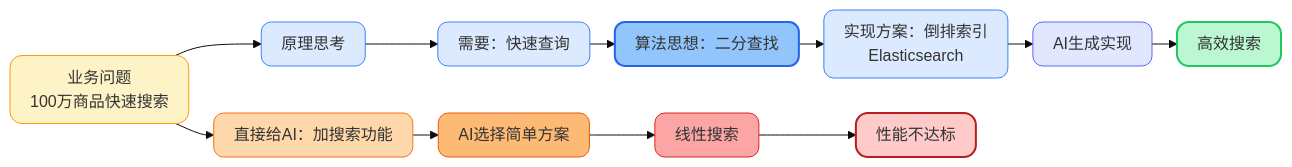
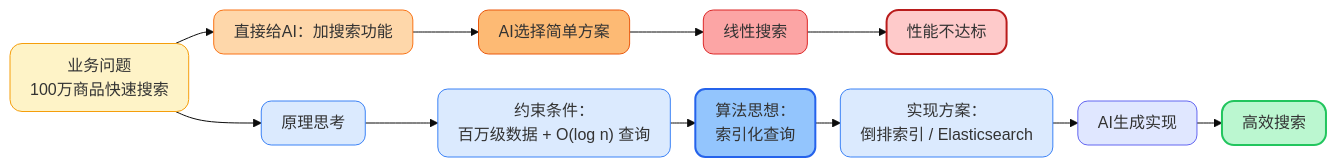
Before and after one commit to microwind/algorithms: the third of 5 diagrams in start-here/Why-Programmers-35-Plus-Are-Thriving-in-AI-Era.md, drawn with Mermaid (base theme). The commit also changed other lines of this file and 1 other file, not shown here.

````diff
--- a/start-here/Why-Programmers-35-Plus-Are-Thriving-in-AI-Era.md
+++ b/start-here/Why-Programmers-35-Plus-Are-Thriving-in-AI-Era.md
@@ -212,33 +206,34 @@
 ```mermaid
 %%{init: {'flowchart': {'nodeSpacing': 35, 'rankSpacing': 25, 'padding': 10}}}%%
 graph LR
 
-    %% ===== 正确路径（蓝 → 绿）=====
+    %% ===== 正确路径 =====
     A["业务问题<br/>100万商品快速搜索"] --> B["原理思考"]
-    B --> B1["需要：快速查询"]
-    B1 --> B2["算法思想：二分查找"]
-    B2 --> B3["实现方案：倒排索引<br/>Elasticsearch"]
-    B3 --> C["AI生成实现"]
-    C --> D["高效搜索"]
-
-    %% ===== 错误路径（橙 → 红）=====
+    
+    %% ===== 错误路径 =====
     A --> E["直接给AI：加搜索功能"]
     E --> F["AI选择简单方案"]
     F --> G["线性搜索"]
     G --> H["性能不达标"]
+    
+    B --> B1["约束条件：<br/>百万级数据 + O(log n) 查询"]
+    B1 --> B2["算法思想：<br>索引化查询"]
+    B2 --> B3["实现方案：<br>倒排索引 / Elasticsearch"]
+    B3 --> C["AI生成实现"]
+    C --> D["高效搜索"]
 
-    %% ===== 正确路径颜色（蓝色思考 → 绿色结果）=====
+    %% ===== 正确路径颜色 =====
     style A fill:#FEF3C7,stroke:#F59E0B,rx:12,ry:12
     style B fill:#DBEAFE,stroke:#3B82F6,rx:10,ry:10
     style B1 fill:#DBEAFE,stroke:#3B82F6,rx:10,ry:10
     style B2 fill:#93C5FD,stroke:#2563EB,stroke-width:2px,rx:10,ry:10
     style B3 fill:#DBEAFE,stroke:#3B82F6,rx:10,ry:10
     style C fill:#E0E7FF,stroke:#6366F1,rx:10,ry:10
     style D fill:#BBF7D0,stroke:#22C55E,stroke-width:2px,rx:12,ry:12
 
-    %% ===== 错误路径颜色（橙 → 红）=====
+    %% ===== 错误路径颜色 =====
     style E fill:#FED7AA,stroke:#F97316,rx:10,ry:10
     style F fill:#FDBA74,stroke:#EA580C,rx:10,ry:10
     style G fill:#FCA5A5,stroke:#DC2626,rx:10,ry:10
     style H fill:#FECACA,stroke:#B91C1C,stroke-width:2px,rx:12,ry:12
 ```
````
